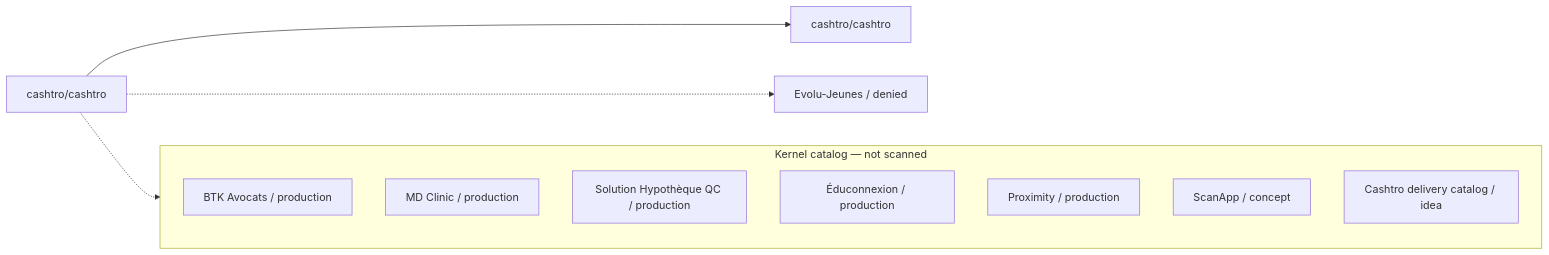
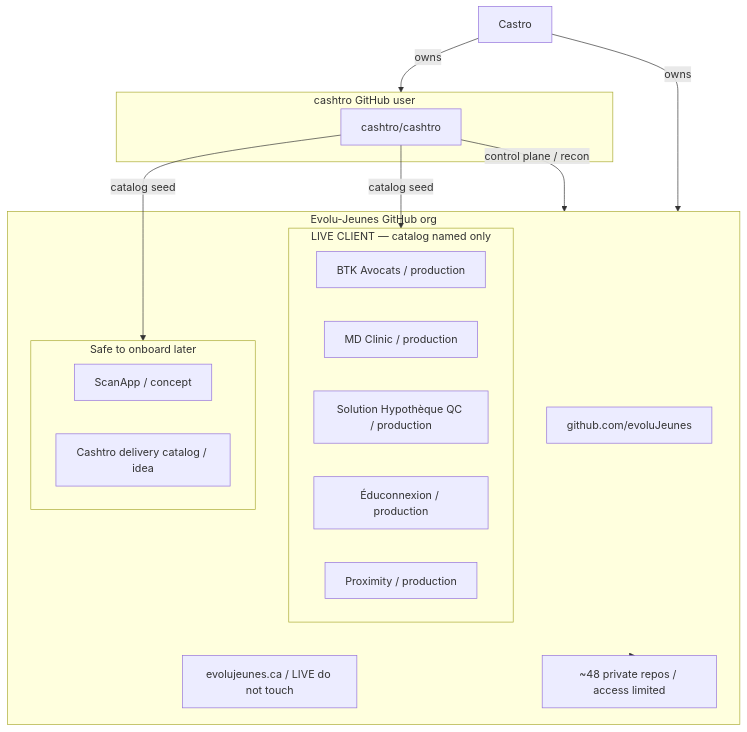
Before and after one commit to cashtro/cashtro: the diagram in inventory/GRAPH.md, drawn with Mermaid. The commit also changed other lines of this file and 18 other files, not shown here.

First line of the commit message:
feat: map Evolu-Jeunes and Cashtro together

````diff
--- a/inventory/GRAPH.md
+++ b/inventory/GRAPH.md
@@ -3,18 +7,29 @@
 ```mermaid
-flowchart LR
-  manager[cashtro/cashtro]
-  cashtro[cashtro/cashtro]
-  manager --> cashtro
-  Evolu_Jeunes_dark[Evolu-Jeunes / denied]
-  manager -.-> Evolu_Jeunes_dark
-  subgraph catalog[Kernel catalog — not scanned]
-    cat_BTK_Avocats[BTK Avocats / production]
-    cat_MD_Clinic[MD Clinic / production]
-    cat_Solution_Hypoth_que_QC[Solution Hypothèque QC / production]
-    cat__duconnexion[Éduconnexion / production]
-    cat_Proximity[Proximity / production]
-    cat_ScanApp[ScanApp / concept]
-    cat_Cashtro_delivery_catalog[Cashtro delivery catalog / idea]
+flowchart TB
+  castro[Castro]
+  subgraph cashtro_home[cashtro GitHub user]
+    repo_cashtro_cashtro[cashtro/cashtro]
   end
-  manager -.-> catalog
+  subgraph evolu_home[Evolu-Jeunes GitHub org]
+    evolu_member[github.com/evoluJeunes]
+    evolu_site[evolujeunes.ca / LIVE do not touch]
+    evolu_dark[~48 private repos / access limited]
+    subgraph live[LIVE CLIENT — catalog named only]
+      cat_BTK_Avocats[BTK Avocats / production]
+      cat_MD_Clinic[MD Clinic / production]
+      cat_Solution_Hypoth_que_QC[Solution Hypothèque QC / production]
+      cat__duconnexion[Éduconnexion / production]
+      cat_Proximity[Proximity / production]
+    end
+    subgraph later[Safe to onboard later]
+      cat_ScanApp[ScanApp / concept]
+      cat_Cashtro_delivery_catalog[Cashtro delivery catalog / idea]
+    end
+  end
+  castro -->|owns| cashtro_home
+  castro -->|owns| evolu_home
+  repo_cashtro_cashtro -->|control plane / recon| evolu_home
+  repo_cashtro_cashtro -->|catalog seed| live
+  repo_cashtro_cashtro -->|catalog seed| later
+  evolu_home -.-> evolu_dark
 ```
````
